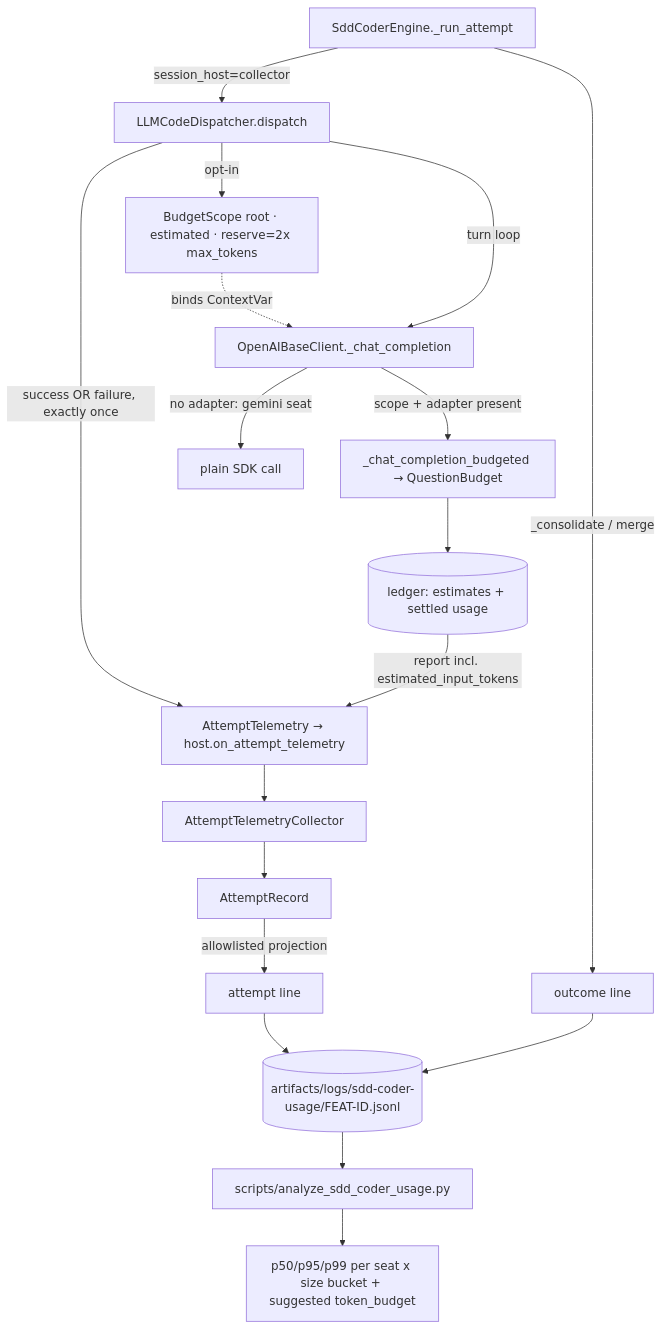
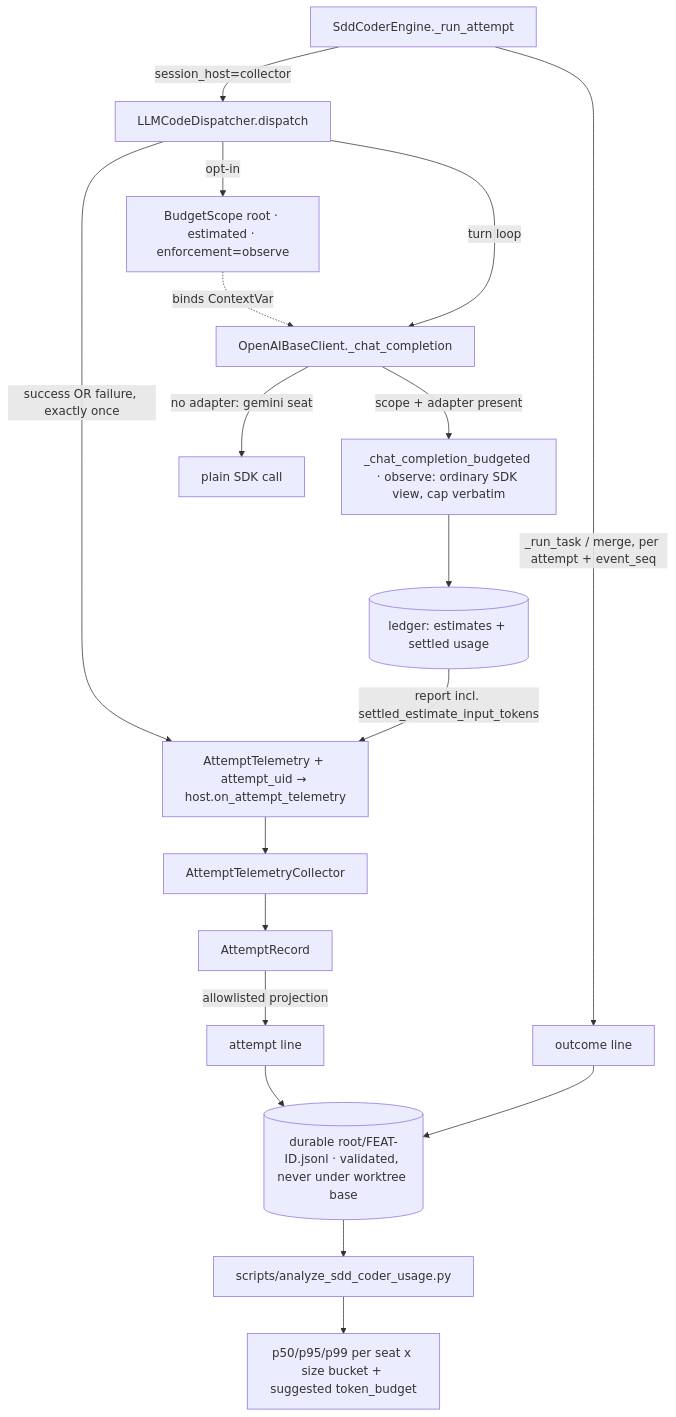
Before and after one commit to phenobarbital/ai-parrot: the diagram in sdd/specs/sdd-coder-bedrock-token-telemetry.spec.md, drawn with Mermaid. The commit also changed other lines of this file and 1 other file, not shown here.

First line of the commit message:
sdd: resolve adversarial review for FEAT-554 spec (v0.2)

````diff
--- a/sdd/specs/sdd-coder-bedrock-token-telemetry.spec.md
+++ b/sdd/specs/sdd-coder-bedrock-token-telemetry.spec.md
@@ -159,20 +233,20 @@
 ```mermaid
 flowchart TD
     E[SddCoderEngine._run_attempt] -->|session_host=collector| D[LLMCodeDispatcher.dispatch]
-    D -->|opt-in| S[BudgetScope root · estimated · reserve=2x max_tokens]
+    D -->|opt-in| S[BudgetScope root · estimated · enforcement=observe]
     S -.binds ContextVar.-> C[OpenAIBaseClient._chat_completion]
     D -->|turn loop| C
-    C -->|scope + adapter present| B[_chat_completion_budgeted → QuestionBudget]
+    C -->|scope + adapter present| B[_chat_completion_budgeted · observe: ordinary SDK view, cap verbatim]
     C -->|no adapter: gemini seat| W[plain SDK call]
     B --> L[(ledger: estimates + settled usage)]
-    D -->|success OR failure, exactly once| T[AttemptTelemetry → host.on_attempt_telemetry]
-    L -->|report incl. estimated_input_tokens| T
+    D -->|success OR failure, exactly once| T[AttemptTelemetry + attempt_uid → host.on_attempt_telemetry]
+    L -->|report incl. settled_estimate_input_tokens| T
     T --> COL[AttemptTelemetryCollector]
     COL --> AR[AttemptRecord]
     AR -->|allowlisted projection| J[attempt line]
-    E -->|_consolidate / merge| O[outcome line]
-    J --> F[(artifacts/logs/sdd-coder-usage/FEAT-ID.jsonl)]
+    E -->|_run_task / merge, per attempt + event_seq| O[outcome line]
+    J --> F[(durable root/FEAT-ID.jsonl · validated, never under worktree base)]
     O --> F
     F --> A[scripts/analyze_sdd_coder_usage.py]
     A --> R[p50/p95/p99 per seat x size bucket + suggested token_budget]
 ```
````
